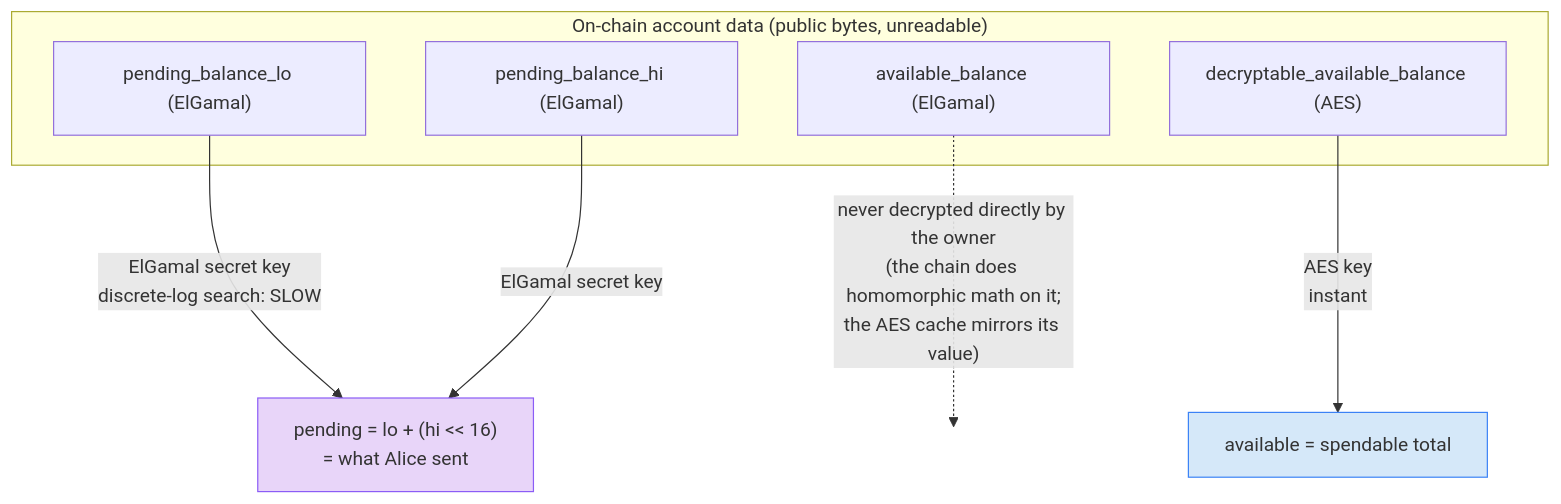
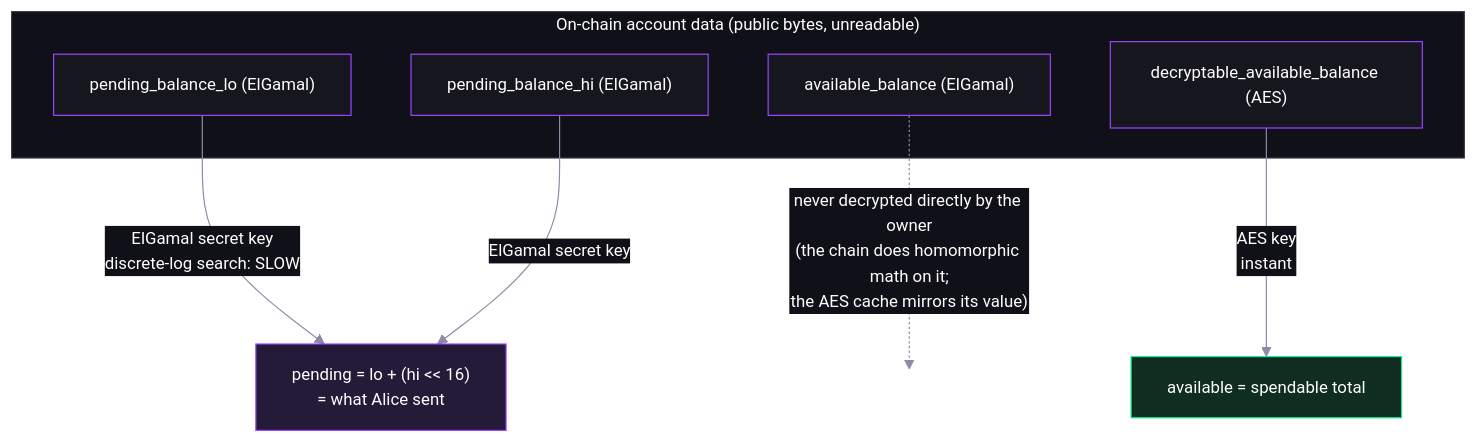
One commit to catmcgee/confidential-transfers-explorer changed the first of 2 diagrams in workshop/05-decrypt.md. Above: the diagram before and after it, drawn with Mermaid. The commit also changed other lines of this file and 7 other files, not shown here.

````diff
--- a/workshop/05-decrypt.md
+++ b/workshop/05-decrypt.md
@@ -17,16 +17,19 @@
 ```mermaid
+%%{init: {'theme':'base','themeVariables':{'background':'transparent','primaryColor':'#16161f','primaryTextColor':'#ffffff','primaryBorderColor':'#9945FF','secondaryColor':'#0f2e21','secondaryTextColor':'#ffffff','secondaryBorderColor':'#14F195','tertiaryColor':'#241b38','tertiaryTextColor':'#ffffff','lineColor':'#8b8ba7','textColor':'#e6e6f0','fontSize':'14px','clusterBkg':'#101018','clusterBorder':'#3a3a4d','edgeLabelBackground':'#101018','actorBkg':'#16161f','actorTextColor':'#ffffff','actorBorder':'#9945FF','signalColor':'#e6e6f0','signalTextColor':'#e6e6f0','noteBkgColor':'#241b38','noteTextColor':'#e6e6f0','noteBorderColor':'#9945FF','labelBoxBkgColor':'#16161f','labelTextColor':'#ffffff','loopTextColor':'#e6e6f0'}}}%%
 flowchart TD
     subgraph ONCHAIN["On-chain account data (public bytes, unreadable)"]
         PLO["pending_balance_lo (ElGamal)"]
         PHI["pending_balance_hi (ElGamal)"]
         AV["available_balance (ElGamal)"]
         DAB["decryptable_available_balance (AES)"]
     end
     PLO -->|"ElGamal secret key<br/>discrete-log search: SLOW"| P["pending = lo + (hi << 16)<br/>= what Alice sent"]
     PHI -->|"ElGamal secret key"| P
     DAB -->|"AES key<br/>instant"| A["available = spendable total"]
     AV -.->|"never decrypted directly by the owner<br/>(the chain does homomorphic math on it;<br/>the AES cache mirrors its value)"| X[" "]
-    style P fill:#e8d5f9,stroke:#8b5cf6
-    style A fill:#d5e8f9,stroke:#3b82f6
+    classDef accent fill:#241b38,stroke:#9945FF,color:#ffffff
+    classDef ok fill:#0f2e21,stroke:#14F195,color:#ffffff
+    class P accent
+    class A ok
     style X fill:none,stroke:none
 ```
````
